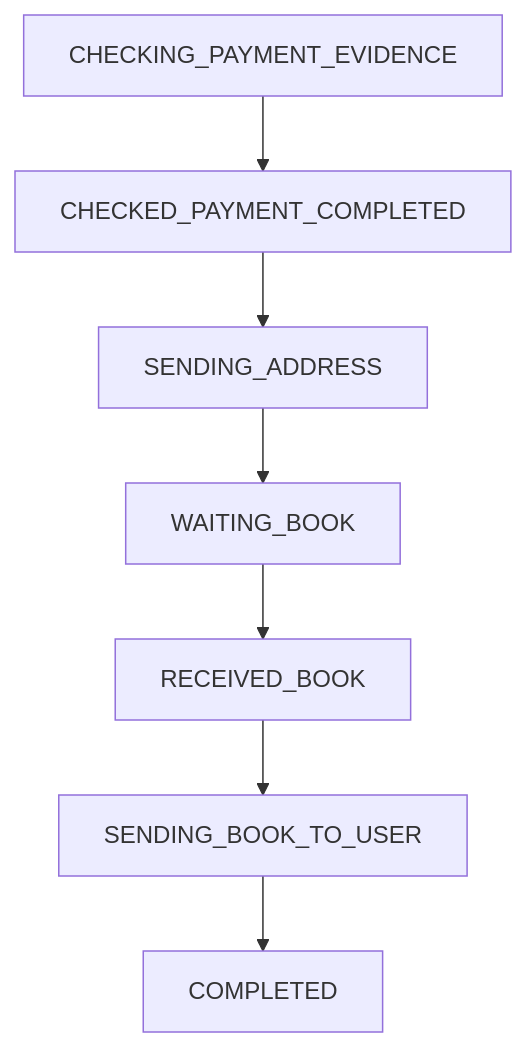
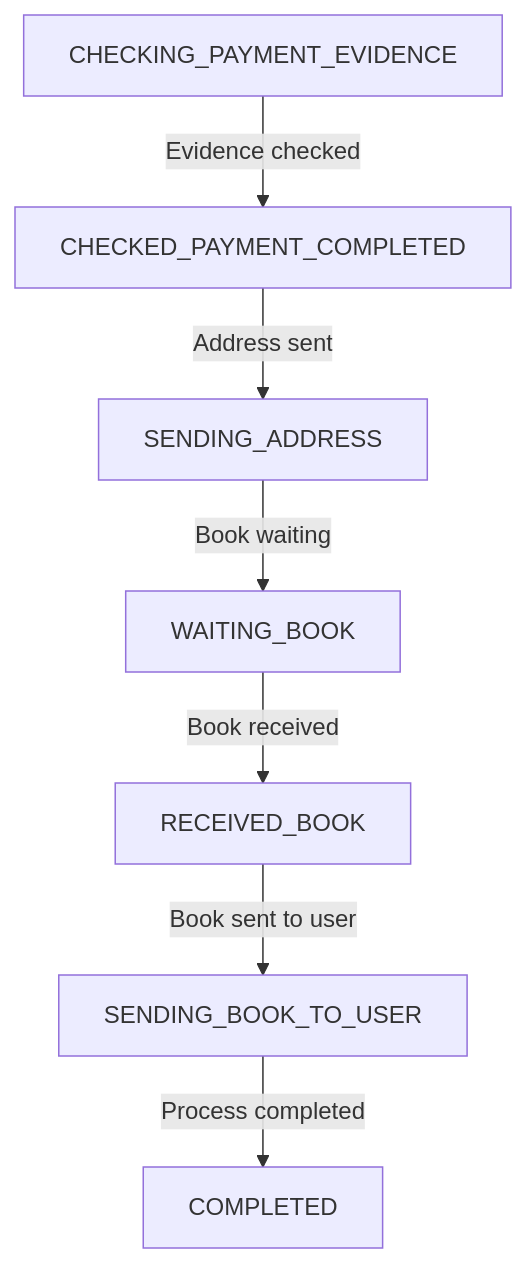
One commit to Loknong/book-exchange changed the second of 4 diagrams in documents/Status change.md. Above: the diagram before and after it, drawn with Mermaid. The commit also changed other lines of this file, not shown here.

````diff
--- a/documents/Status change.md
+++ b/documents/Status change.md
@@ -22,11 +23,12 @@
-``` mermaid 
+```mermaid
 
 graph TD
-    CHECKING_PAYMENT_EVIDENCE --> CHECKED_PAYMENT_COMPLETED
-    CHECKED_PAYMENT_COMPLETED --> SENDING_ADDRESS
-    SENDING_ADDRESS --> WAITING_BOOK
-    WAITING_BOOK --> RECEIVED_BOOK
-    RECEIVED_BOOK --> SENDING_BOOK_TO_USER
-    SENDING_BOOK_TO_USER --> COMPLETED
+    CHECKING_PAYMENT_EVIDENCE -->|Evidence checked| CHECKED_PAYMENT_COMPLETED
+    CHECKED_PAYMENT_COMPLETED -->|Address sent| SENDING_ADDRESS
+    SENDING_ADDRESS -->|Book waiting| WAITING_BOOK
+    WAITING_BOOK -->|Book received| RECEIVED_BOOK
+    RECEIVED_BOOK -->|Book sent to user| SENDING_BOOK_TO_USER
+    SENDING_BOOK_TO_USER -->|Process completed| COMPLETED
 
-``` 
+
+```
````
